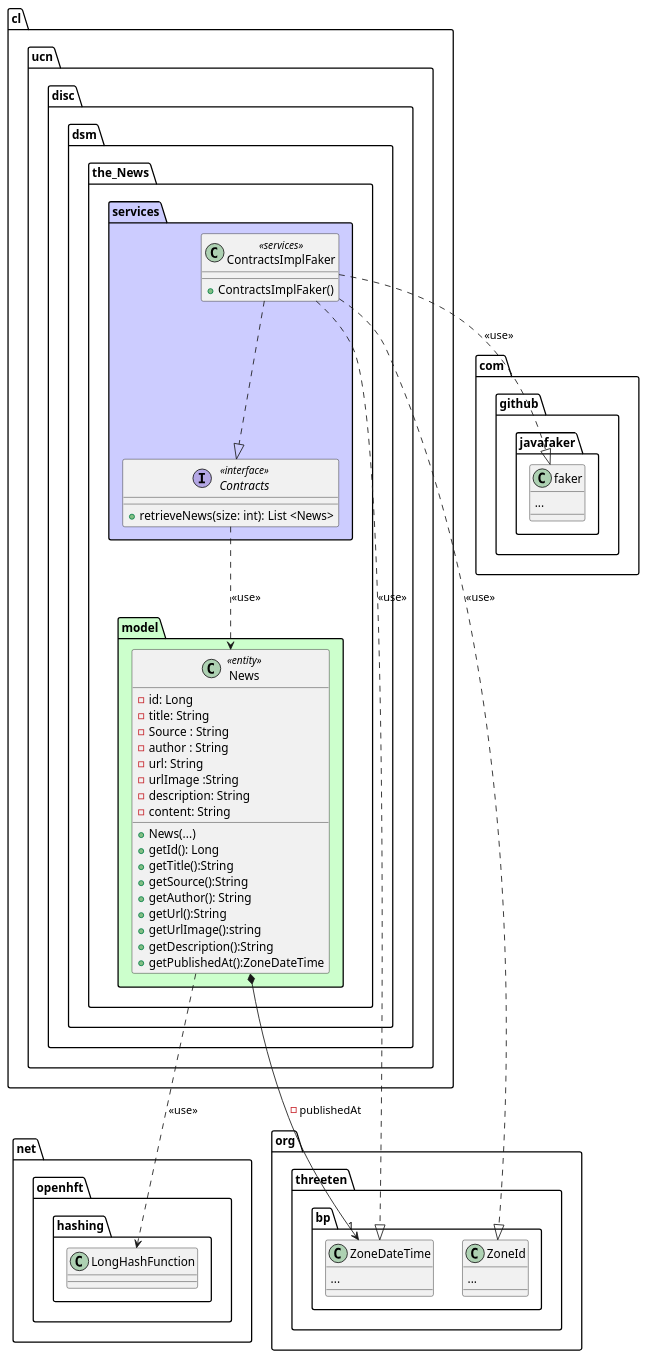
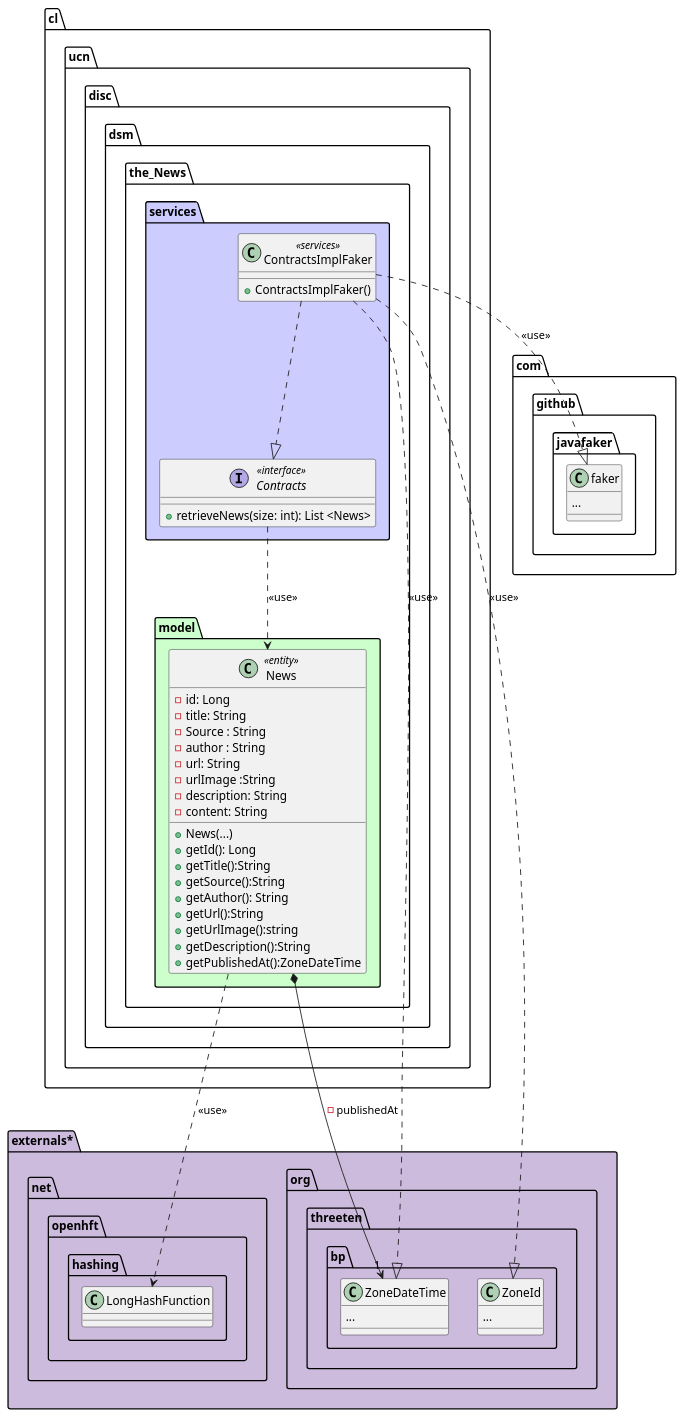
One commit to sebastlobos/The_News changed the diagram in Readme.md. Above: the diagram before and after it, drawn with PlantUML. The commit also changed 5 other files, not shown here.

```diff
--- a/Readme.md
+++ b/Readme.md
@@ -7,75 +7,78 @@
 @startuml
-package org.threeten.bp {
-    class ZoneDateTime{
+package externals* #ccbbdd {
+
+
+    package org.threeten.bp {
+        class ZoneDateTime{
+            ...
+        }
+        class ZoneId{
         ...
+        }
+
     }
-    class ZoneId{
-    ...
-    }
-
-}
-package net.openhft.hashing{
-    class LongHashFunction{
+    package net.openhft.hashing{
+        class LongHashFunction{
+        }
     }
 }
-
 
 package com.github.javafaker {
     class faker{
 ...
-}
+    }
 
 }
 package cl.ucn.disc.dsm.the_News {
 
 
 
 
 package model #ccffcc{
 
     class News<<entity>> {
     - id: Long
     - title: String
     - Source : String
     - author : String
     - url: String
     - urlImage :String
     - description: String
     - content: String
     + News(...)
     +getId(): Long
     +getTitle():String
     +getSource():String
     +getAuthor(): String
     +getUrl():String
     +getUrlImage():string
     +getDescription():String
     +getPublishedAt():ZoneDateTime
 
     }
   News *--> "1" ZoneDateTime : - publishedAt
   News ..> LongHashFunction : <<use>>
 
 
    }
 
 package services #ccccff{
 
     interface Contracts <<interface>>{
     +retrieveNews(size: int): List <News>
     }
     Contracts..> News : <<use>>
  class ContractsImplFaker<<services>>{
     +ContractsImplFaker()
  }
  ContractsImplFaker..|>Contracts
  ContractsImplFaker..|>ZoneDateTime: <<use>>
  ContractsImplFaker..|>ZoneId : <<use>>
  ContractsImplFaker..|>faker:<<use>>
 
 }
 
 
 
 }
 @enduml
```
